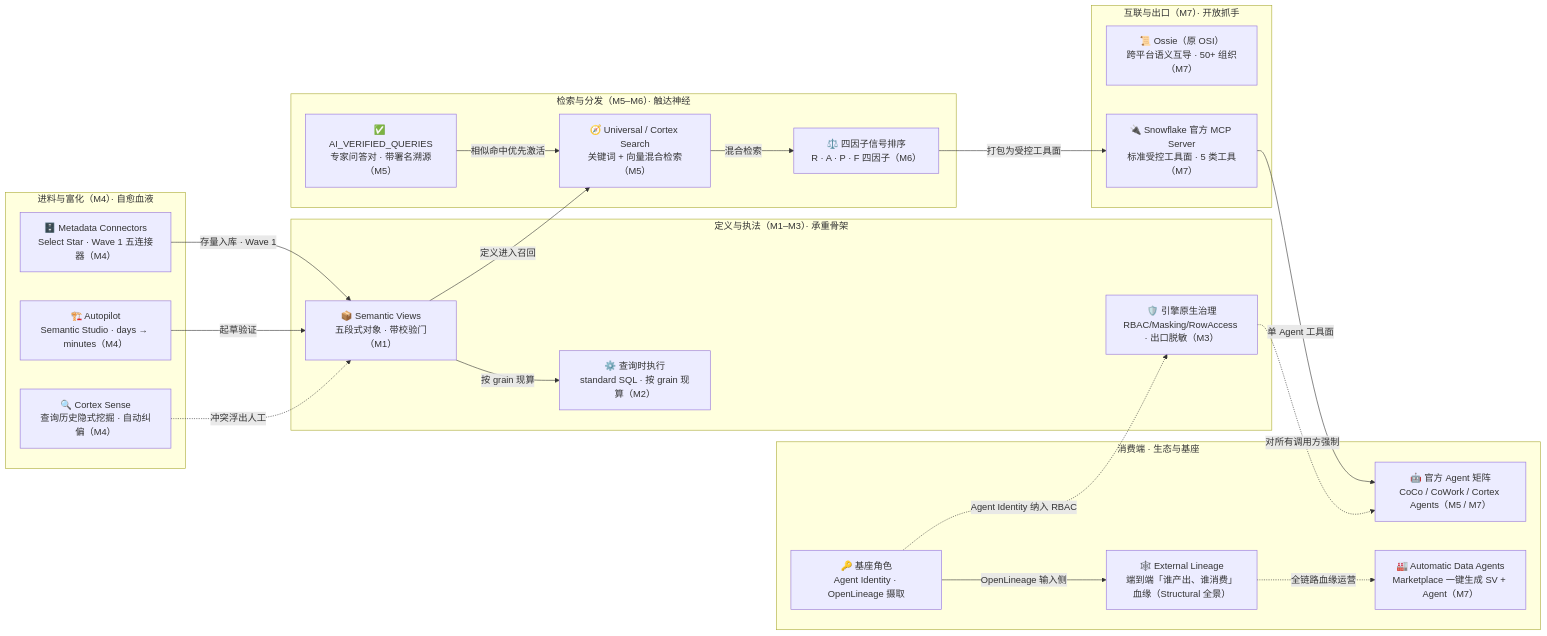
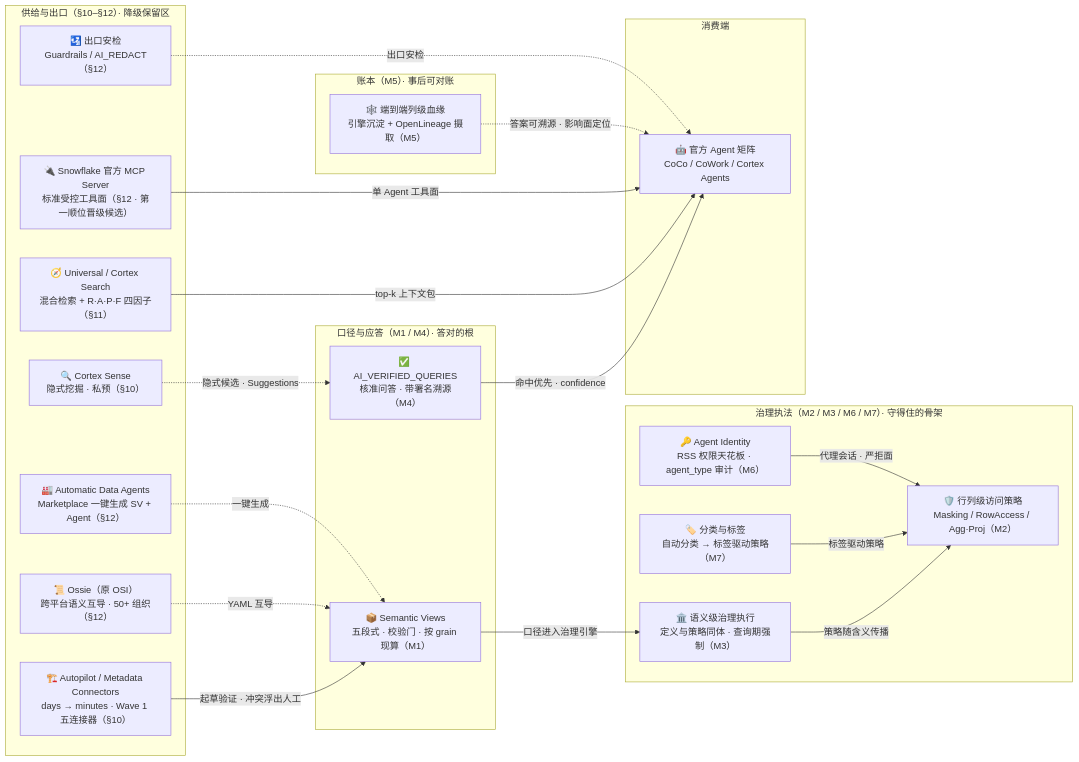
The diagram in docs/assets/mermaid/cognitive-context/horizon-context--component-panorama.mmd (ThreeFish-AI/negentropy), drawn with Mermaid before and after one commit. The commit also changed 49 other files, not shown here.

First line of the commit message:
docs(horizon-context): M 集全局重评选校准——治理族四席晋级、VQR/血缘/Agent Identity 升格、富化/检索/互操作降级专章 (#1149)

```diff
--- a/docs/assets/mermaid/cognitive-context/horizon-context--component-panorama.mmd
+++ b/docs/assets/mermaid/cognitive-context/horizon-context--component-panorama.mmd
@@ -1,44 +1,44 @@
-%%source: docs/research/cognitive-context/011-horizon-context.md#block2-1 (L80-L109, §2.1 定位：从「登记簿」到「业务的 Working Model」)
+%%source: docs/research/cognitive-context/011-horizon-context.md#block2-1 (L92-L131, §2.1 定位：从「登记簿」到「业务的 Working Model」)
 %%slug: cognitive-context/horizon-context--component-panorama
-%%type: dataflow
-%%derived: archify dataflow v1, authored from source mermaid
-%% fix: (2026-09-15 同步) 重写为出货图逐字镜像（恢复 mmd↔HTML↔PNG 逐字同步口径）：① subgraph 按图内五段序（进料富化 01 → 定义执法 02 → 检索分发 03 → 互联出口 04 → 消费端·生态与基座 05），原「消费端」「全景与基座」两簇在图中合并，ADA（Automatic Data Agents）随图归入 05 簇；② 节点/边标签对齐图内精简文案（连接器清单→「Select Star · Wave 1 五连接器」、四因子全称→「R · A · P · F 四因子」等）；③ 图省略三条边（RK→AGENTS top-k / OSS↔SV YAML 互导 / ADA→SV 一键生成）——语义已由节点 sublabel 与 open-interop 姊妹图承载，SYSTEM$CREATE_SEMANTIC_VIEW_FROM_YAML 详见 horizon-context--open-interop.mmd
+%%type: architecture
+%%derived: archify architecture v1, authored from source mermaid
+%% fix: (2026-09-17 重评选) 五簇重划为重评选后口径：① 口径与应答（M1/M4）/ 治理执法（M2/M3/M6/M7）/ 账本（M5）为承重三簇，供给与出口（§10–§12 降级区）一簇；② Agent Identity 与 External Lineage 从「基座角色」升正式成员（M6/M5）；③ 新增行列级策略（M2）与分类标签（M7）节点；④ 出口安检随 §12 归降级簇；⑤ 检索排序（原 M5/M6）归 §11 降级簇；⑥ %%source 重锚 L88-L127；⑦ %%type/%%derived 随渲染器切换改为 architecture（dataflow 行上限装不下 7 节点降级簇）
 flowchart LR
-    subgraph "进料与富化（M4）· 自愈血液"
-        MC["🗄️ Metadata Connectors<br/>Select Star · Wave 1 五连接器（M4）"]
-        AP["🏗️ Autopilot<br/>Semantic Studio · days → minutes（M4）"]
-        CS["🔍 Cortex Sense<br/>查询历史隐式挖掘 · 自动纠偏（M4）"]
+    subgraph "口径与应答（M1 / M4）· 答对的根"
+        SV["📦 Semantic Views<br/>五段式 · 校验门 · 按 grain 现算（M1）"]
+        VQR["✅ AI_VERIFIED_QUERIES<br/>核准问答 · 带署名溯源（M4）"]
     end
-    subgraph "定义与执法（M1–M3）· 承重骨架"
-        EG["🛡️ 引擎原生治理<br/>RBAC/Masking/RowAccess · 出口脱敏（M3）"]
-        SV["📦 Semantic Views<br/>五段式对象 · 带校验门（M1）"]
-        QE["⚙️ 查询时执行<br/>standard SQL · 按 grain 现算（M2）"]
+    subgraph "治理执法（M2 / M3 / M6 / M7）· 守得住的骨架"
+        POL["🛡️ 行列级访问策略<br/>Masking / RowAccess / Agg·Proj（M2）"]
+        GOV["🏛️ 语义级治理执行<br/>定义与策略同体 · 查询期强制（M3）"]
+        AID["🔑 Agent Identity<br/>RSS 权限天花板 · agent_type 审计（M6）"]
+        CLS["🏷️ 分类与标签<br/>自动分类 → 标签驱动策略（M7）"]
     end
-    subgraph "检索与分发（M5–M6）· 触达神经"
-        VQR["✅ AI_VERIFIED_QUERIES<br/>专家问答对 · 带署名溯源（M5）"]
-        US["🧭 Universal / Cortex Search<br/>关键词 + 向量混合检索（M5）"]
-        RK["⚖️ 四因子信号排序<br/>R · A · P · F 四因子（M6）"]
+    subgraph "账本（M5）· 事后可对账"
+        EL["🕸️ 端到端列级血缘<br/>引擎沉淀 + OpenLineage 摄取（M5）"]
     end
-    subgraph "互联与出口（M7）· 开放抓手"
-        OSS["📜 Ossie（原 OSI）<br/>跨平台语义互导 · 50+ 组织（M7）"]
-        MCP["🔌 Snowflake 官方 MCP Server<br/>标准受控工具面 · 5 类工具（M7）"]
+    subgraph "供给与出口（§10–§12）· 降级保留区"
+        AP["🏗️ Autopilot / Metadata Connectors<br/>days → minutes · Wave 1 五连接器（§10）"]
+        CS["🔍 Cortex Sense<br/>隐式挖掘 · 私预（§10）"]
+        US["🧭 Universal / Cortex Search<br/>混合检索 + R·A·P·F 四因子（§11）"]
+        OSS["📜 Ossie（原 OSI）<br/>跨平台语义互导 · 50+ 组织（§12）"]
+        MCP["🔌 Snowflake 官方 MCP Server<br/>标准受控工具面（§12 · 第一顺位晋级候选）"]
+        ADA["🏭 Automatic Data Agents<br/>Marketplace 一键生成 SV + Agent（§12）"]
+        GRD["🛂 出口安检<br/>Guardrails / AI_REDACT（§12）"]
     end
-    subgraph "消费端 · 生态与基座"
-        AGENTS["🤖 官方 Agent 矩阵<br/>CoCo / CoWork / Cortex Agents（M5 / M7）"]
-        ADA["🏭 Automatic Data Agents<br/>Marketplace 一键生成 SV + Agent（M7）"]
-        EL["🕸️ External Lineage<br/>端到端「谁产出、谁消费」血缘（Structural 全景）"]
-        BASE["🔑 基座角色<br/>Agent Identity · OpenLineage 摄取"]
+    subgraph "消费端"
+        AGENTS["🤖 官方 Agent 矩阵<br/>CoCo / CoWork / Cortex Agents"]
     end
-    MC -->|"存量入库 · Wave 1"| SV
-    AP -->|"起草验证"| SV
-    CS -.->|"冲突浮出人工"| SV
-    SV -->|"按 grain 现算"| QE
-    SV -->|"定义进入召回"| US
-    VQR -->|"相似命中优先激活"| US
-    US -->|"混合检索"| RK
-    RK -->|"打包为受控工具面"| MCP
+    AP -->|"起草验证 · 冲突浮出人工"| SV
+    CS -.->|"隐式候选 · Suggestions"| VQR
+    SV -->|"口径进入治理引擎"| GOV
+    GOV -->|"策略随含义传播"| POL
+    CLS -->|"标签驱动策略"| POL
+    AID -->|"代理会话 · 严拒面"| POL
+    VQR -->|"命中优先 · confidence"| AGENTS
+    US -->|"top-k 上下文包"| AGENTS
     MCP -->|"单 Agent 工具面"| AGENTS
-    EL -.->|"全链路血缘运营"| ADA
-    BASE -->|"OpenLineage 输入侧"| EL
-    BASE -.->|"Agent Identity 纳入 RBAC"| EG
-    EG -.->|"对所有调用方强制"| AGENTS
+    EL -.->|"答案可溯源 · 影响面定位"| AGENTS
+    GRD -.->|"出口安检"| AGENTS
+    OSS -.->|"YAML 互导"| SV
+    ADA -.->|"一键生成"| SV
```
